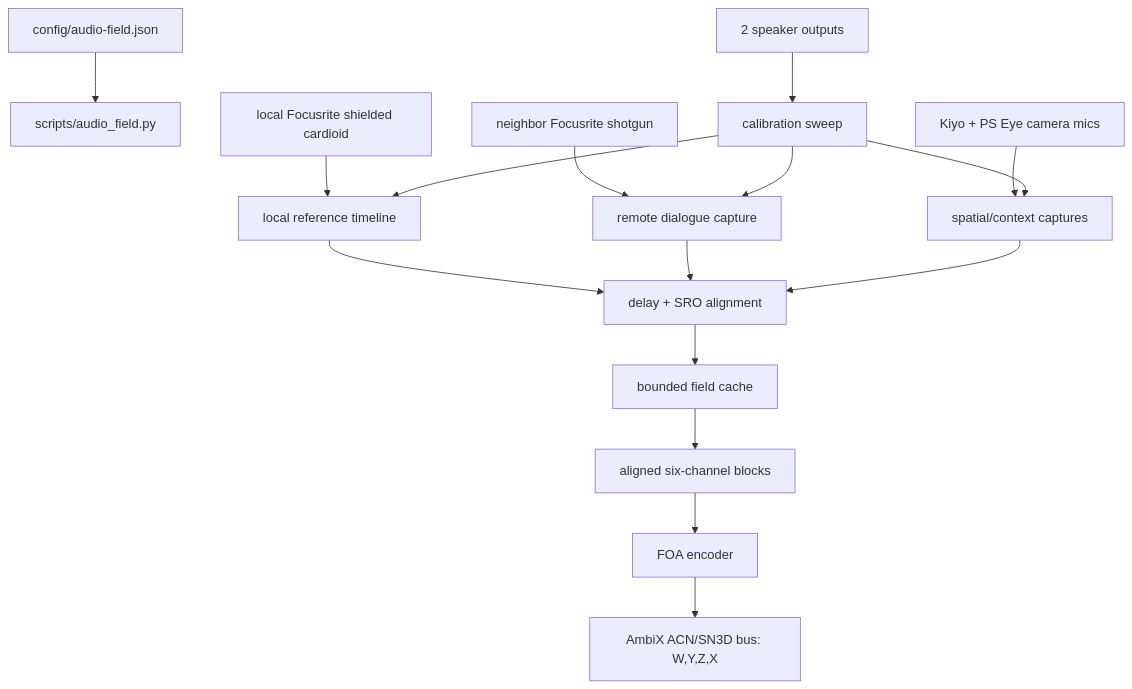
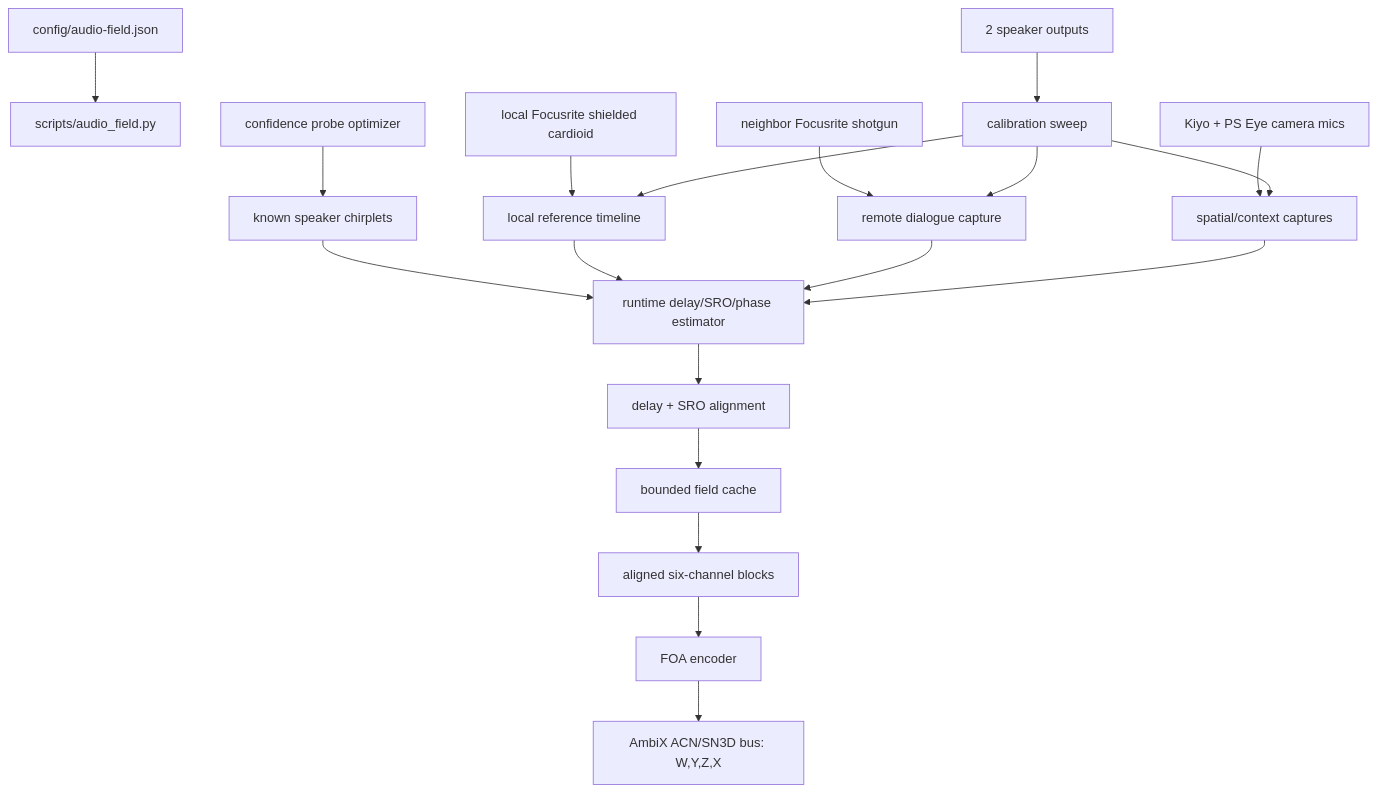
One commit to GameCult/Mimir changed the second of 2 diagrams in notes/current-system-map.md. Above: the diagram before and after it, drawn with Mermaid. The commit also changed other lines of this file and 9 other files, not shown here.

````diff
--- a/notes/current-system-map.md
+++ b/notes/current-system-map.md
@@ -42,18 +42,21 @@
 ```mermaid
 flowchart TD
     A["config/audio-field.json"] --> B["scripts/audio_field.py"]
     C["local Focusrite shielded cardioid"] --> D["local reference timeline"]
     E["neighbor Focusrite shotgun"] --> F["remote dialogue capture"]
     G["Kiyo + PS Eye camera mics"] --> H["spatial/context captures"]
     I["2 speaker outputs"] --> J["calibration sweep"]
     J --> D
     J --> F
     J --> H
-    D --> K["delay + SRO alignment"]
-    F --> K
-    H --> K
+    R["confidence probe optimizer"] --> P["known speaker chirplets"]
+    P --> Q["runtime delay/SRO/phase estimator"]
+    D --> Q
+    F --> Q
+    H --> Q
+    Q --> K["delay + SRO alignment"]
     K --> L["bounded field cache"]
     L --> M["aligned six-channel blocks"]
     M --> N["FOA encoder"]
     N --> O["AmbiX ACN/SN3D bus: W,Y,Z,X"]
 ```
````
